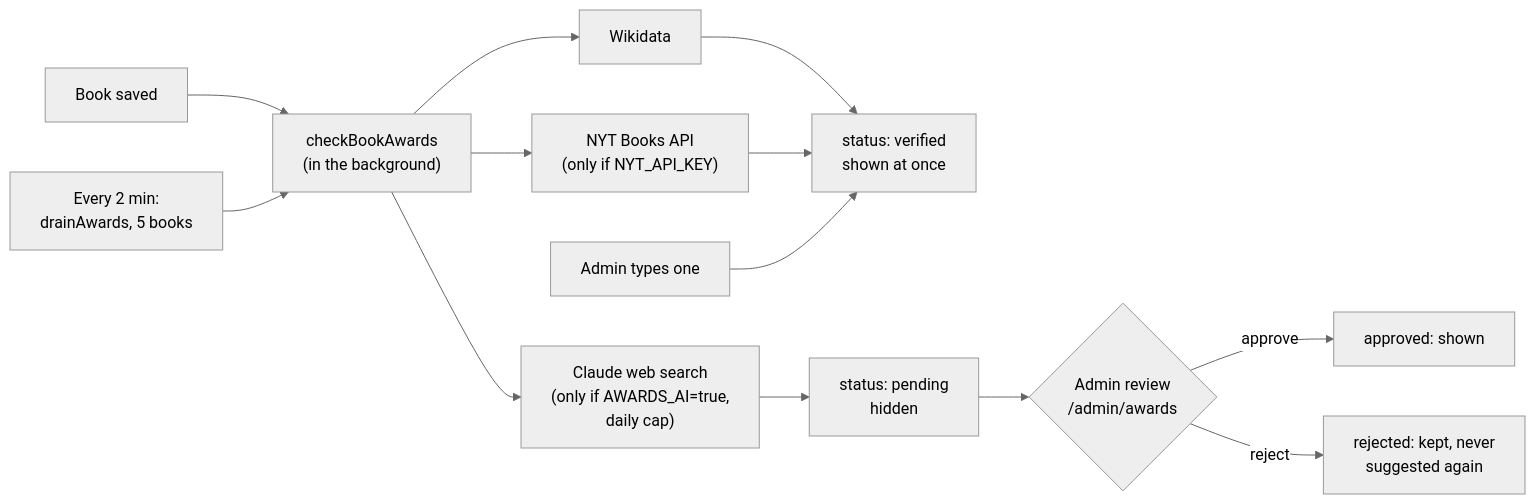
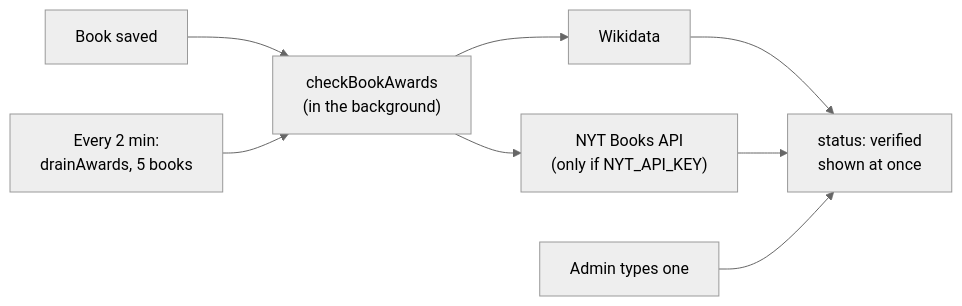
The seventh of 15 diagrams in docs/architecture.md (umasbooksadmin/umasbookswebsite), drawn with Mermaid (neutral theme) before and after one commit. The commit also changed other lines of this file and 20 other files, not shown here.

First line of the commit message:
Remove the awards review section and the AI awards source

````diff
--- a/docs/architecture.md
+++ b/docs/architecture.md
@@ -537,15 +537,10 @@
 ```mermaid
 flowchart LR
   SAVE["Book saved"] --> CHK["checkBookAwards<br/>(in the background)"]
   JOB["Every 2 min:<br/>drainAwards, 5 books"] --> CHK
   CHK --> WD["Wikidata"]
   CHK --> NY["NYT Books API<br/>(only if NYT_API_KEY)"]
-  CHK --> AI["Claude web search<br/>(only if AWARDS_AI=true,<br/>daily cap)"]
   WD --> V["status: verified<br/>shown at once"]
   NY --> V
   MAN["Admin types one"] --> V
-  AI --> PEN["status: pending<br/>hidden"]
-  PEN --> ADM{"Admin review<br/>/admin/awards"}
-  ADM -- approve --> APP["approved: shown"]
-  ADM -- reject --> REJ["rejected: kept, never<br/>suggested again"]
 ```
````
